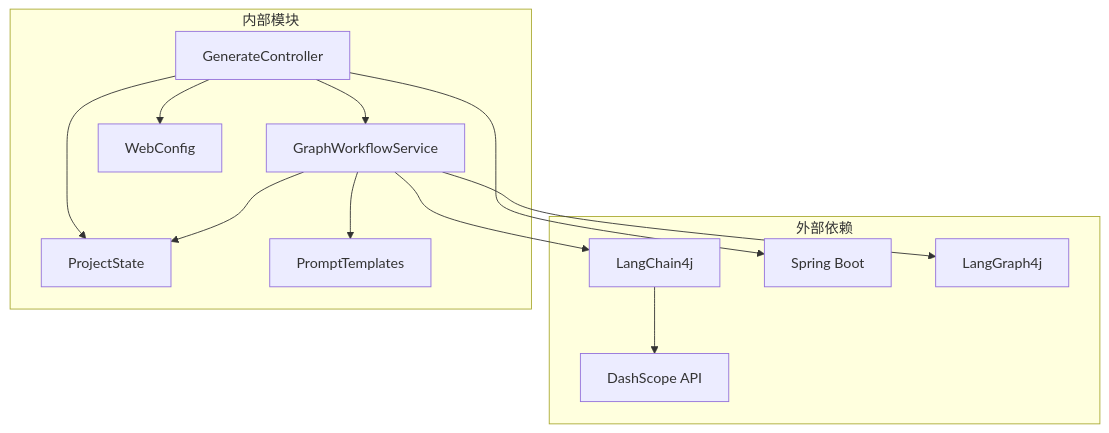
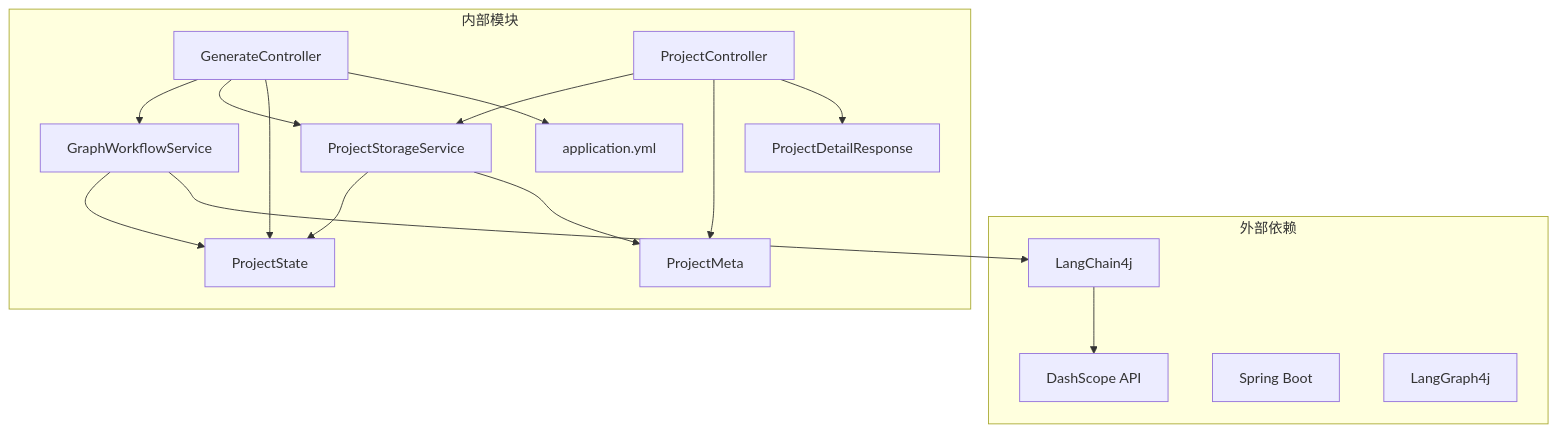
The fifth of 7 diagrams in .qoder/repowiki/zh/content/API接口文档.md (CyanYuKi/WebSiteFrontendCodeMother), drawn with Mermaid before and after one commit. The commit also changed other lines of this file and 5 other files, not shown here.

````diff
--- a/.qoder/repowiki/zh/content/API接口文档.md
+++ b/.qoder/repowiki/zh/content/API接口文档.md
@@ -370,25 +543,31 @@
 ```mermaid
 graph TB
 subgraph "外部依赖"
 L4J[LangChain4j]
 DashScope[DashScope API]
 SpringBoot[Spring Boot]
 LangGraph4j[LangGraph4j]
 end
 subgraph "内部模块"
-Controller[GenerateController]
-Service[GraphWorkflowService]
+GenerateCtrl[GenerateController]
+ProjectCtrl[ProjectController]
+GenService[GraphWorkflowService]
+ProjService[ProjectStorageService]
 State[ProjectState]
-Config[WebConfig]
-Prompts[PromptTemplates]
+Meta[ProjectMeta]
+PDR[ProjectDetailResponse]
+APP[application.yml]
 end
-Controller --> Service
-Service --> State
-Controller --> State
-Controller --> Config
-Service --> Prompts
-Service --> L4J
+GenerateCtrl --> GenService
+GenerateCtrl --> ProjService
+ProjectCtrl --> ProjService
+GenService --> State
+GenService --> L4J
 L4J --> DashScope
-Controller --> SpringBoot
-Service --> LangGraph4j
+ProjService --> State
+ProjService --> Meta
+GenerateCtrl --> State
+ProjectCtrl --> Meta
+ProjectCtrl --> PDR
+GenerateCtrl --> APP
 ```
````
